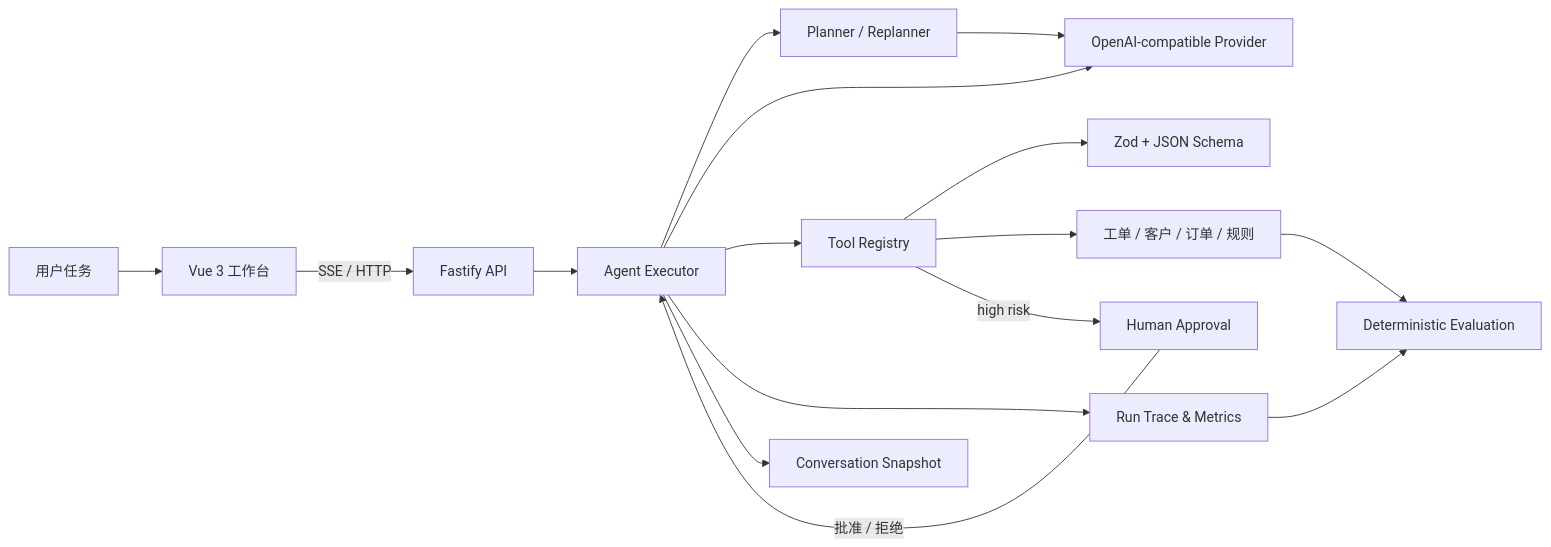
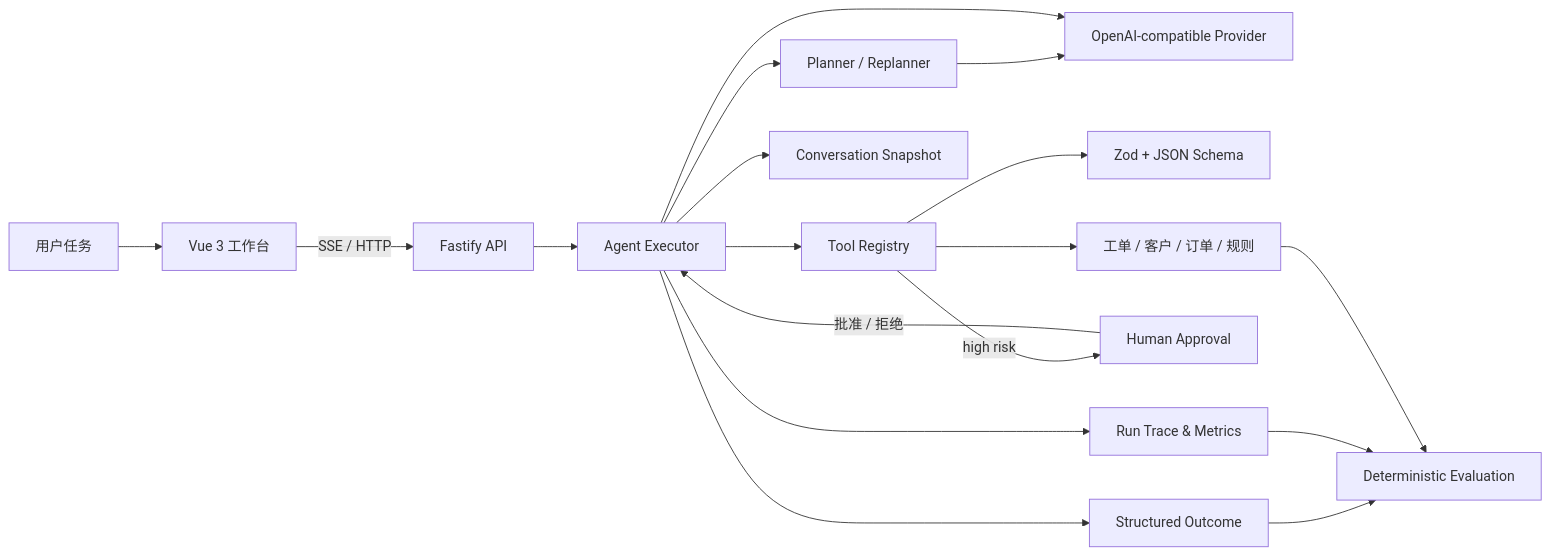
Before and after one commit to fageiu/AgentFlow: the first of 2 diagrams in docs/architecture.md, drawn with Mermaid. The commit also changed other lines of this file and 12 other files, not shown here.

````diff
--- a/docs/architecture.md
+++ b/docs/architecture.md
@@ -5,22 +5,24 @@
 ```mermaid
 flowchart LR
     User["用户任务"] --> Web["Vue 3 工作台"]
     Web -->|"SSE / HTTP"| API["Fastify API"]
     API --> Executor["Agent Executor"]
 
     Executor --> Planner["Planner / Replanner"]
     Planner --> Provider["OpenAI-compatible Provider"]
     Executor --> Provider
 
     Executor --> Registry["Tool Registry"]
     Registry --> Schema["Zod + JSON Schema"]
     Registry --> Sandbox["工单 / 客户 / 订单 / 规则"]
 
     Registry -->|"high risk"| Approval["Human Approval"]
     Approval -->|"批准 / 拒绝"| Executor
 
+    Executor --> Outcome["Structured Outcome"]
     Executor --> Trace["Run Trace & Metrics"]
     Executor --> Conversation["Conversation Snapshot"]
+    Outcome --> Evaluation["Deterministic Evaluation"]
     Trace --> Evaluation["Deterministic Evaluation"]
     Sandbox --> Evaluation
 ```
````
